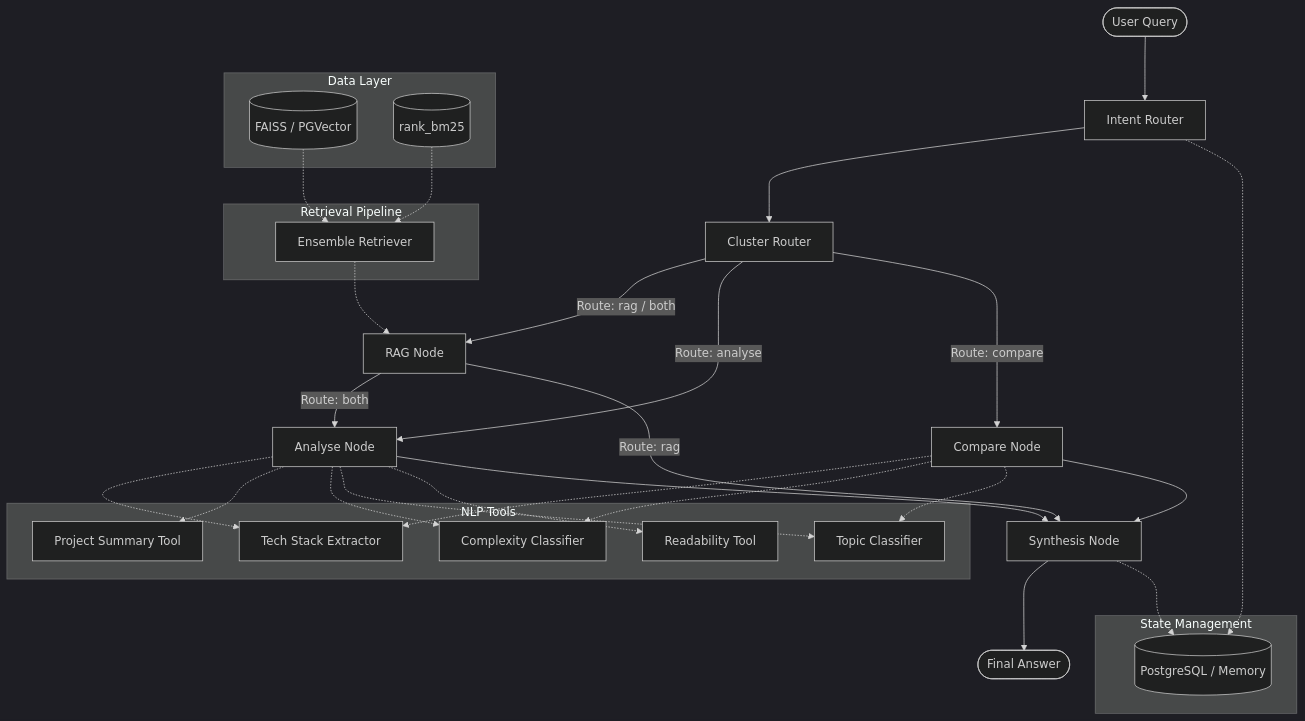
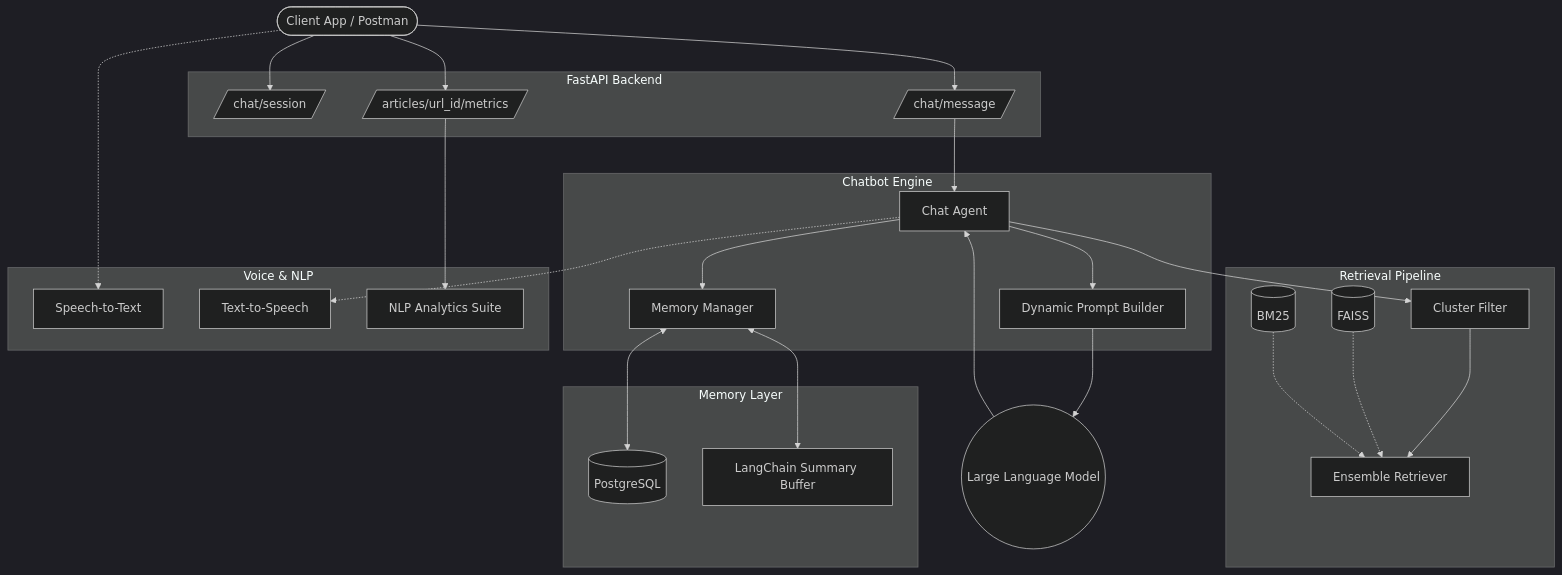
One commit to nikhil1234108/RAG_PJT_1 changed the diagram in README.md. Above: the diagram before and after it, drawn with Mermaid (dark theme). The commit also changed other lines of this file and 3846 other files, not shown here.

Commit message:
chore: updated README with FastAPI and Voice architecture, fixed multiple API bugs

````diff
--- a/README.md
+++ b/README.md
@@ -22,54 +37,57 @@
 ```mermaid
 graph TD
-    User([User Query]) --> Router
-    Router[Intent Router] --> ClusterRouter[Cluster Router]
+    Client([Client App / Postman])
     
-    ClusterRouter -->|Route: rag / both| RAG[RAG Node]
-    ClusterRouter -->|Route: analyse| Analyse[Analyse Node]
-    ClusterRouter -->|Route: compare| Compare[Compare Node]
-    
-    RAG -->|Route: both| Analyse
-    RAG -->|Route: rag| Synthesis[Synthesis Node]
-    
-    subgraph NLP_Tools[NLP Tools]
-        Tech[Tech Stack Extractor]
-        Summary[Project Summary Tool]
-        Complexity[Complexity Classifier]
-        Topic[Topic Classifier]
-        Readability[Readability Tool]
+    subgraph FastAPI Backend
+        SessionAPI[/chat/session/]
+        ChatAPI[/chat/message/]
+        MetricsAPI[/articles/url_id/metrics/]
     end
     
-    Analyse -.-> Tech
-    Analyse -.-> Summary
-    Analyse -.-> Complexity
-    Analyse -.-> Topic
-    Analyse -.-> Readability
+    Client --> SessionAPI
+    Client --> ChatAPI
+    Client --> MetricsAPI
     
-    Compare -.-> Tech
-    Compare -.-> Complexity
-    Compare -.-> Topic
-    
-    Analyse --> Synthesis
-    Compare --> Synthesis
-    
-    Synthesis --> Output([Final Answer])
-    
-    subgraph Data Layer
-        FAISS[(FAISS / PGVector)]
-        BM25[(rank_bm25)]
+    subgraph Chatbot Engine
+        Agent[Chat Agent]
+        PromptBuilder[Dynamic Prompt Builder]
+        MemManager[Memory Manager]
     end
     
-    subgraph Retrieval Pipeline
-        Ensemble[Ensemble Retriever]
-        FAISS -.-> Ensemble
-        BM25 -.-> Ensemble
+    ChatAPI --> Agent
+    Agent --> MemManager
+    Agent --> PromptBuilder
+    
+    subgraph Memory Layer
+        Postgres[(PostgreSQL)]
+        LCBuffer[LangChain Summary Buffer]
     end
     
-    Ensemble -.-> RAG
+    MemManager <--> Postgres
+    MemManager <--> LCBuffer
     
-    subgraph State Management
-        DB[(PostgreSQL / Memory)]
+    subgraph Retrieval Pipeline
+        ClusterFilter[Cluster Filter]
+        Ensemble[Ensemble Retriever]
+        FAISS[(FAISS)]
+        BM25[(BM25)]
     end
-    Router -.-> DB
-    Synthesis -.-> DB
+    
+    Agent --> ClusterFilter
+    ClusterFilter --> Ensemble
+    FAISS -.-> Ensemble
+    BM25 -.-> Ensemble
+    
+    subgraph Voice & NLP
+        STT[Speech-to-Text]
+        TTS[Text-to-Speech]
+        NLPTools[NLP Analytics Suite]
+    end
+    
+    Client -.-> STT
+    Agent -.-> TTS
+    MetricsAPI --> NLPTools
+    
+    PromptBuilder --> LLM((Large Language Model))
+    LLM --> Agent
 ```
````
